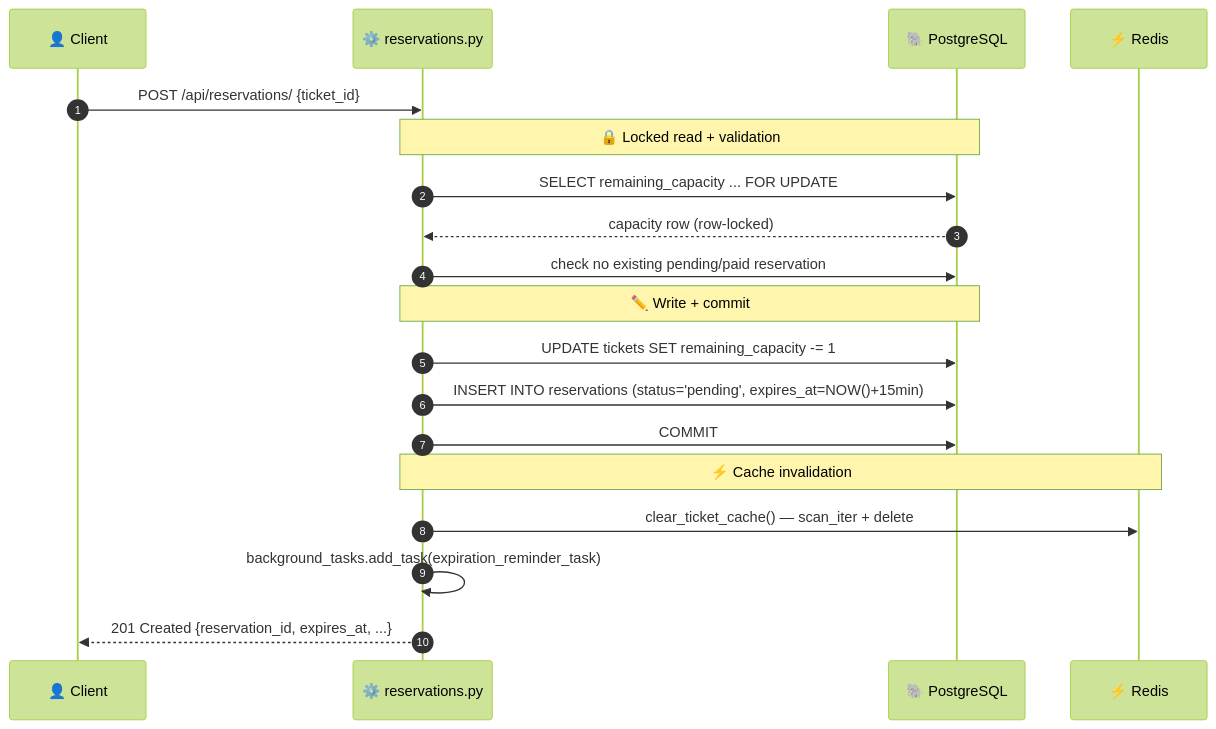
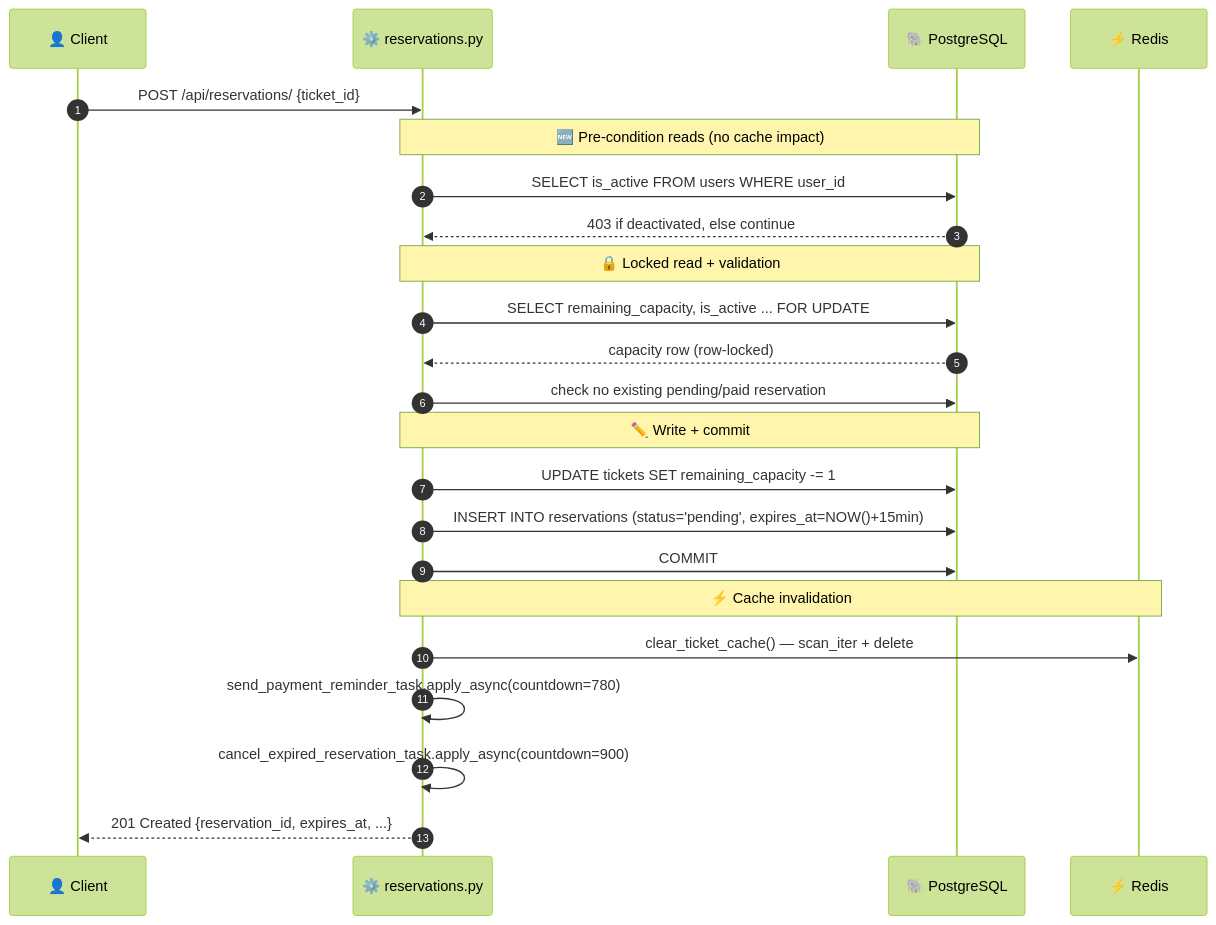
The third of 8 diagrams in docs/Phase3/Database_Sync_Cache_Invalidation_Strategy.md (mxed04/SportsTicketPlatform), drawn with Mermaid (forest theme) before and after one commit. The commit also changed other lines of this file, not shown here.

Commit message:
docs(phase3): add database sync and redis cache invalidation strategy guide

````diff
--- a/docs/Phase3/Database_Sync_Cache_Invalidation_Strategy.md
+++ b/docs/Phase3/Database_Sync_Cache_Invalidation_Strategy.md
@@ -262,26 +322,31 @@
 ```mermaid
 sequenceDiagram
     autonumber
     participant C as 👤 Client
     participant A as ⚙️ reservations.py
     participant P as 🐘 PostgreSQL
     participant R as ⚡ Redis
 
     C->>A: POST /api/reservations/ {ticket_id}
 
+    Note over A,P: 🆕 Pre-condition reads (no cache impact)
+    A->>P: SELECT is_active FROM users WHERE user_id
+    P-->>A: 403 if deactivated, else continue
+
     Note over A,P: 🔒 Locked read + validation
-    A->>P: SELECT remaining_capacity ... FOR UPDATE
+    A->>P: SELECT remaining_capacity, is_active ... FOR UPDATE
     P-->>A: capacity row (row-locked)
     A->>P: check no existing pending/paid reservation
 
     Note over A,P: ✏️ Write + commit
     A->>P: UPDATE tickets SET remaining_capacity -= 1
     A->>P: INSERT INTO reservations (status='pending', expires_at=NOW()+15min)
     A->>P: COMMIT
 
     Note over A,R: ⚡ Cache invalidation
     A->>R: clear_ticket_cache() — scan_iter + delete
 
-    A->>A: background_tasks.add_task(expiration_reminder_task)
+    A->>A: send_payment_reminder_task.apply_async(countdown=780)
+    A->>A: cancel_expired_reservation_task.apply_async(countdown=900)
     A-->>C: 201 Created {reservation_id, expires_at, ...}
 ```
````
